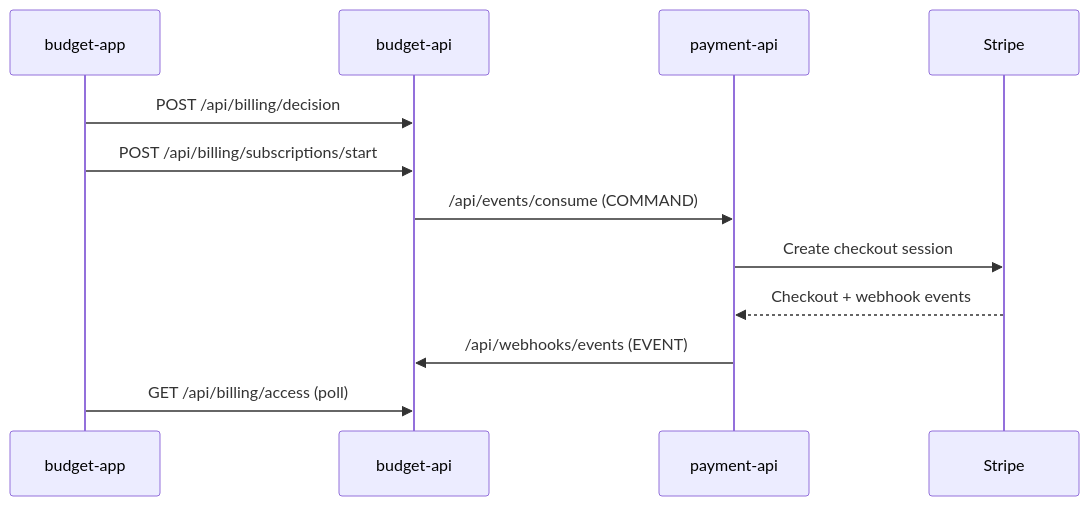
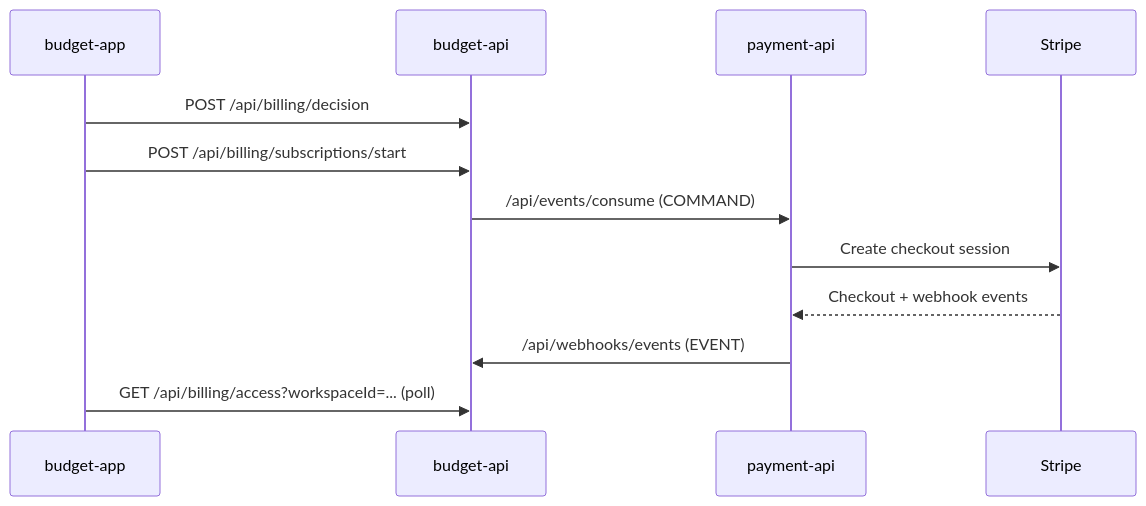
One commit to gus-skywalker/budget-app changed the diagram in docs/integration-flows.md. Above: the diagram before and after it, drawn with Mermaid. The commit also changed other lines of this file and 50 other files, not shown here.

````diff
--- a/docs/integration-flows.md
+++ b/docs/integration-flows.md
@@ -40,15 +43,15 @@
 ```mermaid
 sequenceDiagram
     participant App as budget-app
     participant Budget as budget-api
     participant Payment as payment-api
     participant Stripe as Stripe
 
     App->>Budget: POST /api/billing/decision
     App->>Budget: POST /api/billing/subscriptions/start
     Budget->>Payment: /api/events/consume (COMMAND)
     Payment->>Stripe: Create checkout session
     Stripe-->>Payment: Checkout + webhook events
     Payment->>Budget: /api/webhooks/events (EVENT)
-    App->>Budget: GET /api/billing/access (poll)
+    App->>Budget: GET /api/billing/access?workspaceId=... (poll)
 ```
````
